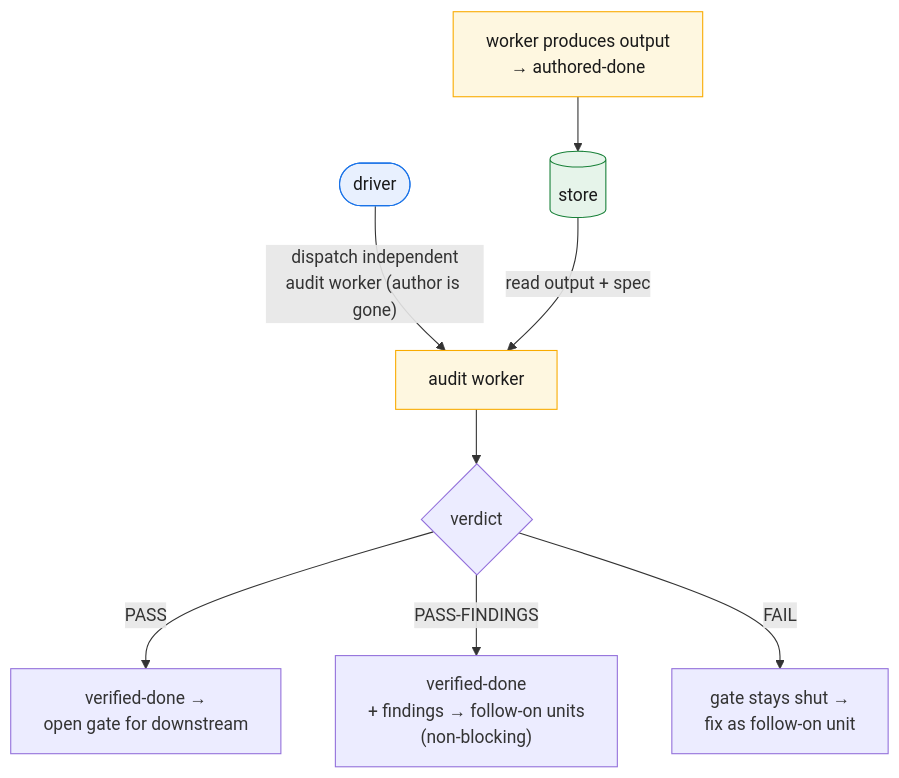
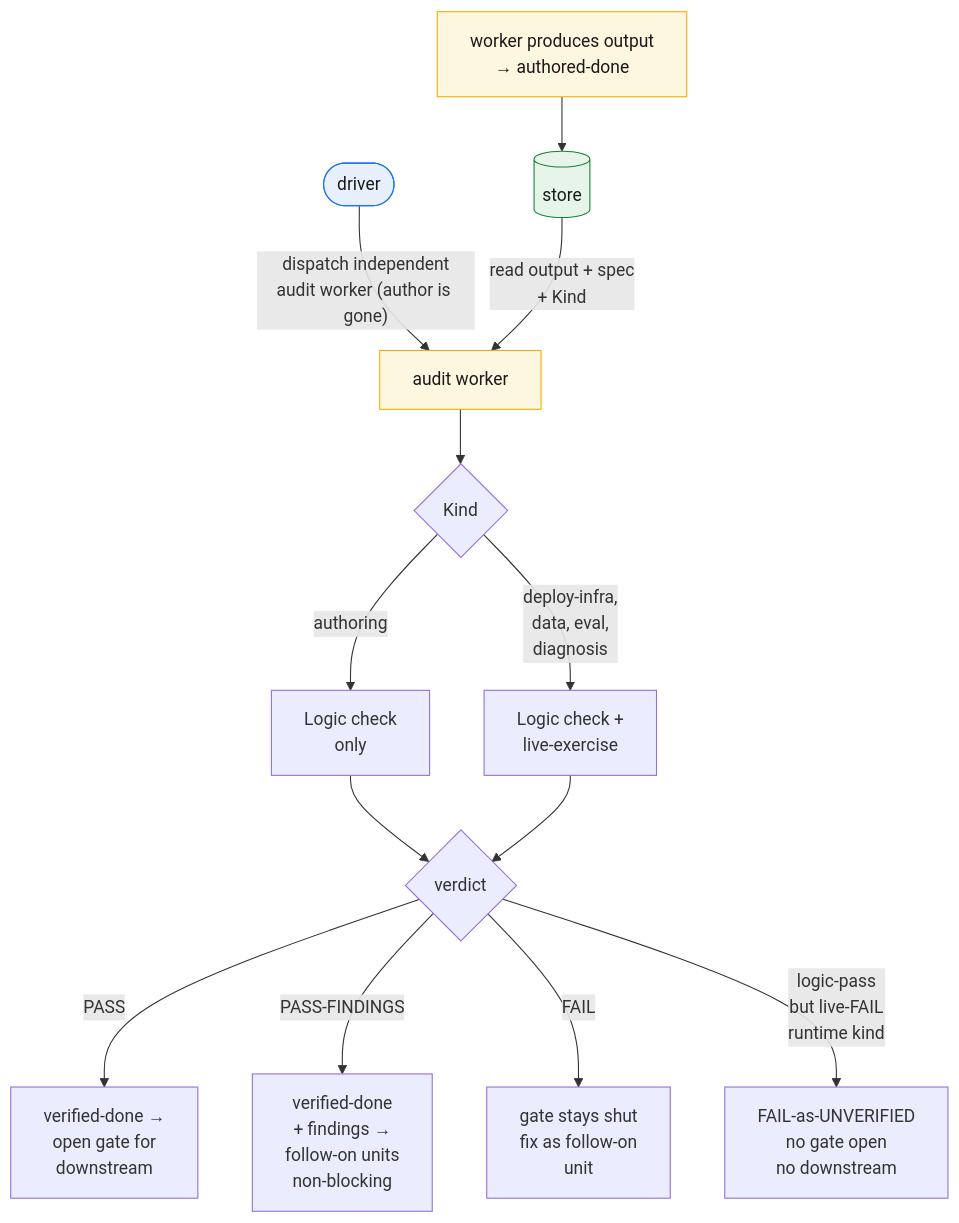
The second of 2 diagrams in docs/06-keeping-it-honest.md (RohitDashora/gotm-framework-for-agentic-development), drawn with Mermaid before and after one commit. The commit also changed other lines of this file and 66 other files, not shown here.

````diff
--- a/docs/06-keeping-it-honest.md
+++ b/docs/06-keeping-it-honest.md
@@ -62,16 +86,26 @@
 ```mermaid
 flowchart TB
     W["worker produces output<br/>→ authored-done"] --> ST[("store")]
     DR(["driver"]) -->|"dispatch independent<br/>audit worker (author is gone)"| AW["audit worker"]
-    ST -->|"read output + spec"| AW
-    AW --> V{verdict}
-    V -->|PASS| VD["verified-done →<br/>open gate for downstream"]
-    V -->|PASS-FINDINGS| VD2["verified-done<br/>+ findings → follow-on units<br/>(non-blocking)"]
-    V -->|FAIL| BL["gate stays shut →<br/>fix as follow-on unit"]
-    classDef driverC fill:#e8f0fe,stroke:#1a73e8,color:#1a1a1a;
-    classDef workerC fill:#fef7e0,stroke:#f9ab00,color:#1a1a1a;
-    classDef storeC fill:#e6f4ea,stroke:#188038,color:#1a1a1a;
-    class DR driverC;
-    class W,AW workerC;
-    class ST storeC;
+    ST -->|"read output + spec<br/>+ Kind"| AW
+    AW --> K{Kind}
+    
+    K -->|authoring| LC["Logic check<br/>only"]
+    K -->|deploy-infra,<br/>data, eval,<br/>diagnosis| LV["Logic check +<br/>live-exercise"]
+    
+    LC --> V{verdict}
+    LV --> V
+    
+    V -->|PASS| VD["verified-done →<br/>open gate for<br/>downstream"]
+    V -->|PASS-FINDINGS| VD2["verified-done<br/>+ findings →<br/>follow-on units<br/>non-blocking"]
+    V -->|FAIL| BL["gate stays shut<br/>fix as follow-on<br/>unit"]
+    V -->|logic-pass<br/>but live-FAIL<br/>runtime kind| UFAIL["FAIL-as-UNVERIFIED<br/>no gate open<br/>no downstream"]
+    
+    classDef driverC fill:#e8f0fe,stroke:#1a73e8,color:#1a1a1a
+    classDef workerC fill:#fef7e0,stroke:#f9ab00,color:#1a1a1a
+    classDef storeC fill:#e6f4ea,stroke:#188038,color:#1a1a1a
+    
+    class DR driverC
+    class W,AW workerC
+    class ST storeC
 ```
````
